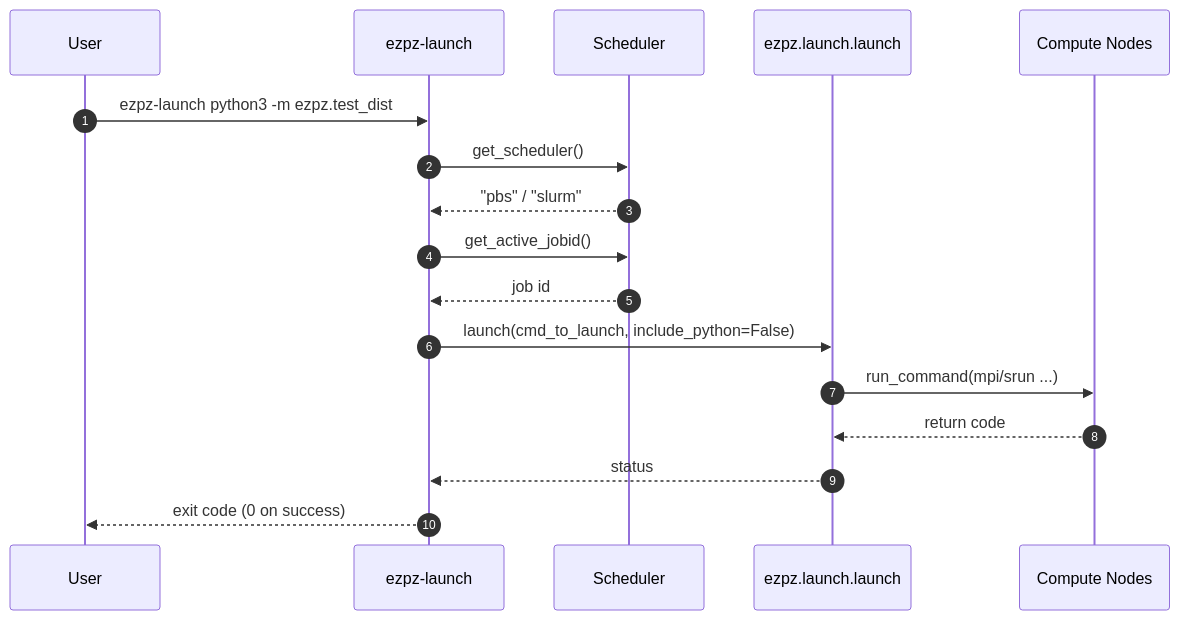
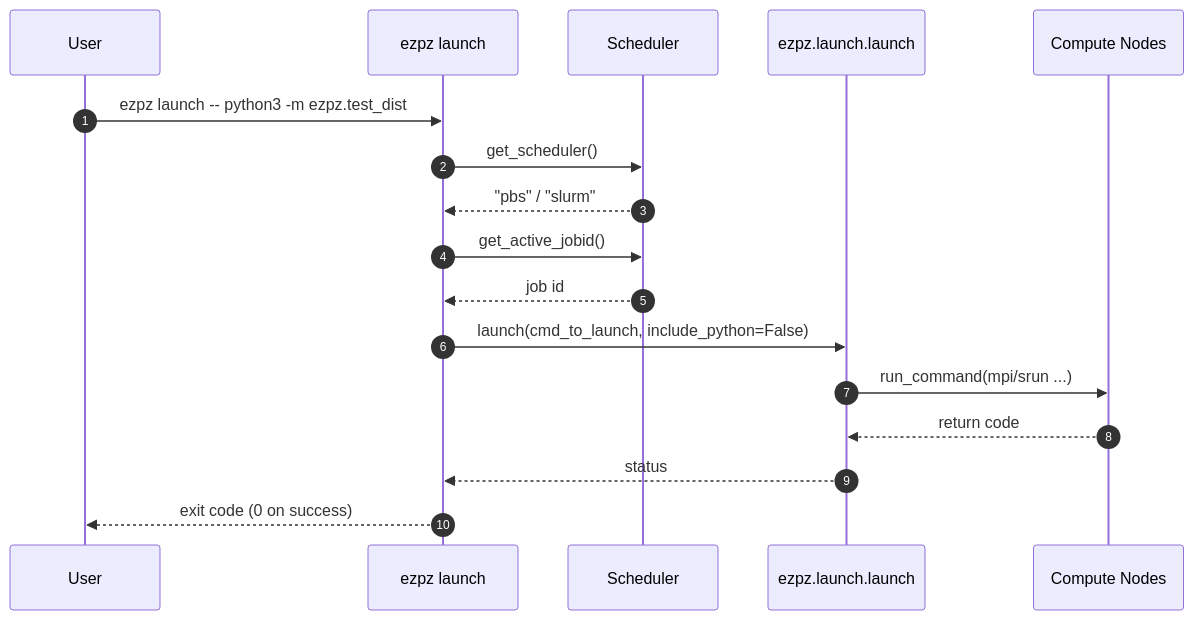
One commit to saforem2/ezpz changed the first of 3 diagrams in docs/launch.md. Above: the diagram before and after it, drawn with Mermaid. The commit also changed other lines of this file and 162 other files, not shown here.

````diff
--- a/docs/launch.md
+++ b/docs/launch.md
@@ -44,20 +44,20 @@
 ```mermaid
 sequenceDiagram
     autonumber
     participant User
-    participant CLI as ezpz-launch
+    participant CLI as ezpz launch
     participant Scheduler
     participant Launch as ezpz.launch.launch
     participant Nodes as Compute Nodes
 
-    User->>CLI: ezpz-launch python3 -m ezpz.test_dist
+    User->>CLI: ezpz launch -- python3 -m ezpz.test_dist
     CLI->>Scheduler: get_scheduler()
     Scheduler-->>CLI: "pbs" / "slurm"
     CLI->>Scheduler: get_active_jobid()
     Scheduler-->>CLI: job id
     CLI->>Launch: launch(cmd_to_launch, include_python=False)
     Launch->>Nodes: run_command(mpi/srun ...)
     Nodes-->>Launch: return code
     Launch-->>CLI: status
     CLI-->>User: exit code (0 on success)
 ```
````
